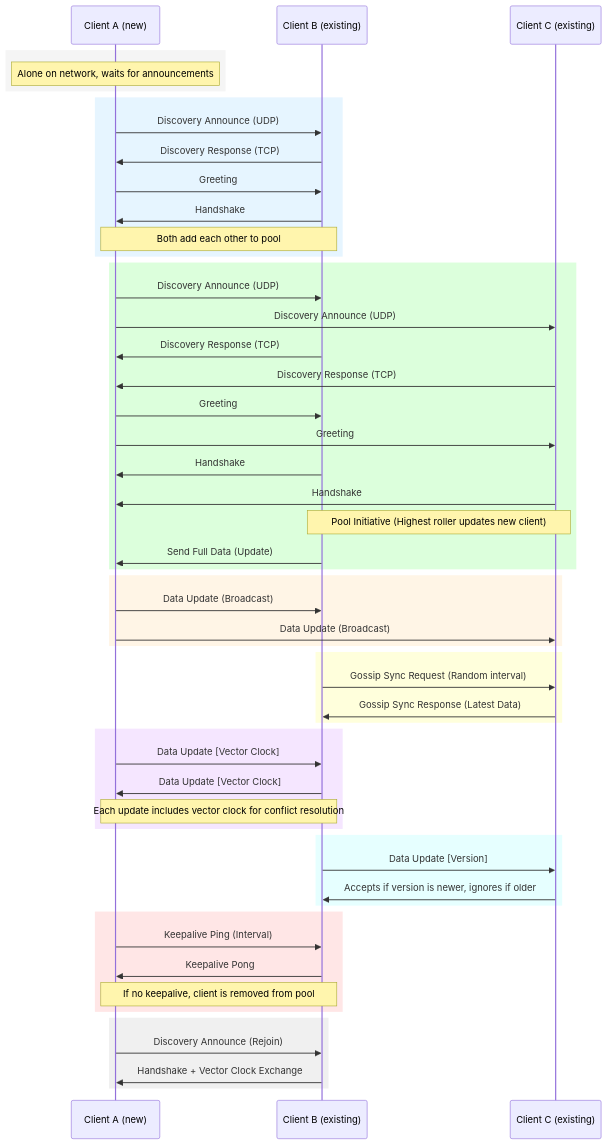
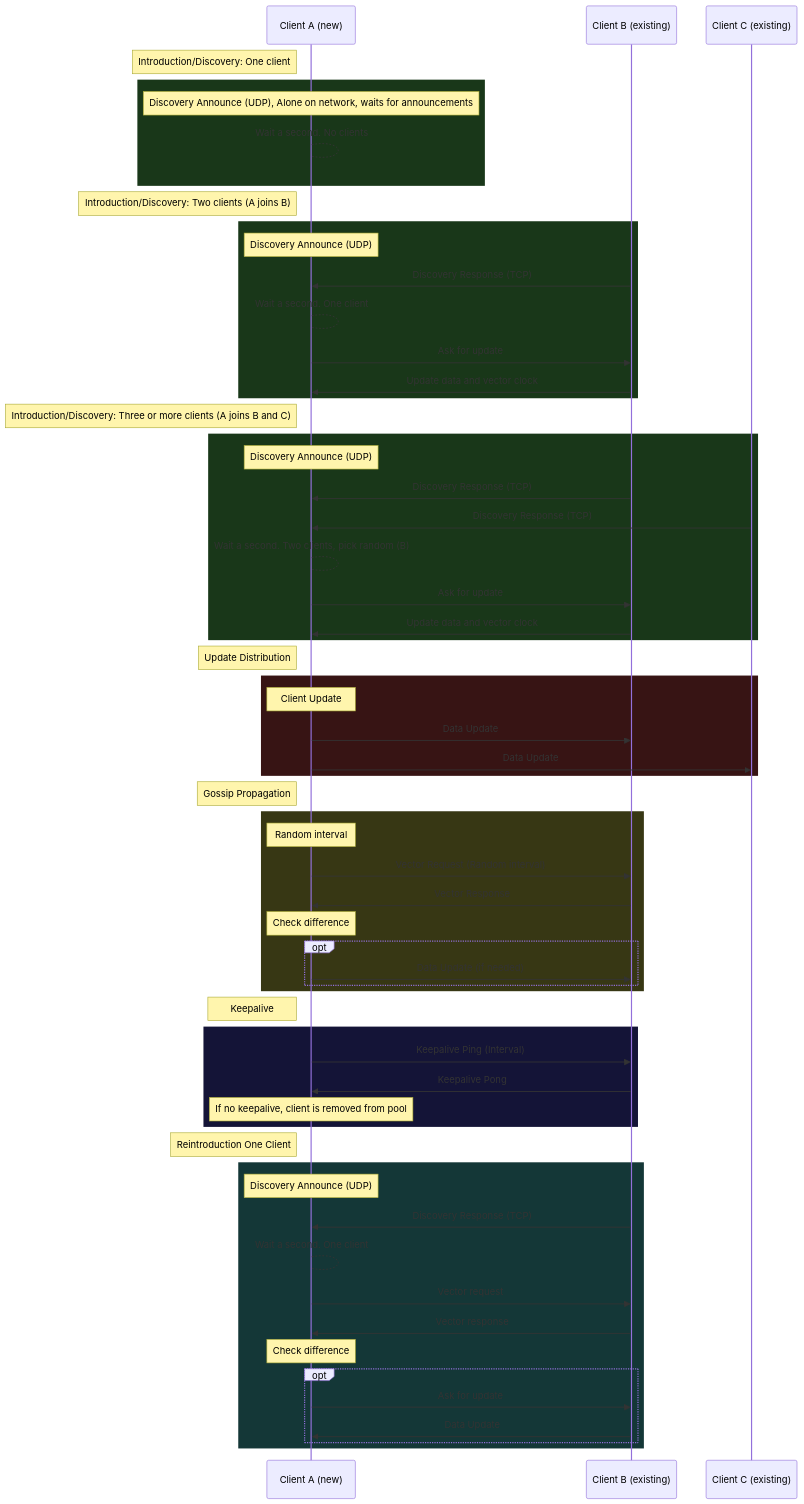
Before and after one commit to sanderlanghorst/NetSync: the diagram in src/NetSync/readme.md, drawn with Mermaid. The commit also changed other lines of this file, not shown here.

````diff
--- a/src/NetSync/readme.md
+++ b/src/NetSync/readme.md
@@ -55,71 +55,70 @@
 ```mermaid
 sequenceDiagram
-    %% Introduction/Discovery: One client
-    rect rgb(245,245,245)
+    
+    note left of A: Introduction/Discovery: One client
+    rect rgb(25,55,25)
         participant A as Client A (new)
-        Note over A: Alone on network, waits for announcements
+        Note over A: Discovery Announce (UDP), Alone on network, waits for announcements
+        A-->A: Wait a second. No clients
     end
 
-    %% Introduction/Discovery: Two clients (A joins B)
-    rect rgb(230,245,255)
+    note left of A: Introduction/Discovery: Two clients (A joins B)
+    rect rgb(25,55,25)
         participant B as Client B (existing)
-        A->>B: Discovery Announce (UDP)
+        Note over A: Discovery Announce (UDP)
         B->>A: Discovery Response (TCP)
-        A->>B: Greeting
-        B->>A: Handshake
-        Note over A,B: Both add each other to pool
+        A-->A: Wait a second. One client
+        A->>B: Ask for update
+        B->>A: Update data and vector clock
     end
 
-    %% Introduction/Discovery: Three or more clients (A joins B and C)
-    rect rgb(220,255,220)
+    note left of A: Introduction/Discovery: Three or more clients (A joins B and C)
+    rect rgb(25,55,25)
         participant C as Client C (existing)
-        A->>B: Discovery Announce (UDP)
-        A->>C: Discovery Announce (UDP)
+        Note over A: Discovery Announce (UDP)
         B->>A: Discovery Response (TCP)
         C->>A: Discovery Response (TCP)
-        A->>B: Greeting
-        A->>C: Greeting
-        B->>A: Handshake
-        C->>A: Handshake
-        Note over B,C: Pool Initiative (Highest roller updates new client)
-        B->>A: Send Full Data (Update)
+        A-->A: Wait a second. Two clients, pick random (B)
+        A->>B: Ask for update
+        B->>A: Update data and vector clock
     end
 
-    %% Update Distribution
-    rect rgb(255,245,230)
-        A->>B: Data Update (Broadcast)
-        A->>C: Data Update (Broadcast)
+    note left of A:  Update Distribution
+    rect rgb(55,20,20)
+        note over A: Client Update
+        A->>B: Data Update
+        A->>C: Data Update
     end
 
-    %% Gossip Propagation
-    rect rgb(255,255,220)
-        B->>C: Gossip Sync Request (Random interval)
-        C->>B: Gossip Sync Response (Latest Data)
+    note left of A:  Gossip Propagation
+    rect rgb(55,55,20)
+        note over A: Random interval
+        A->>B: Vector Request (Random interval)
+        B->>A: Vector Response
+        note over A: Check difference
+        opt
+            A->>B: Data Update (if needed)
+        end
     end
 
-    %% Vector Clocks
-    rect rgb(245,230,255)
-        A->>B: Data Update [Vector Clock]
-        B->>A: Data Update [Vector Clock]
-        Note over A,B: Each update includes vector clock for conflict resolution
+    note left of A:  Keepalive
+    rect rgb(20,20,55)
+        A->>B: Keepalive Ping (Interval)
+        B->>A: Keepalive Pong
+        Note over A: If no keepalive, client is removed from pool
     end
 
-    %% Versioning
-    rect rgb(230,255,255)
-        B->>C: Data Update [Version]
-        C->>B: Accepts if version is newer, ignores if older
-    end
-
-    %% Keepalive
-    rect rgb(255,230,230)
-        A->>B: Keepalive Ping (Interval)
-        B->>A: Keepalive Pong
-        Note over A,B: If no keepalive, client is removed from pool
-    end
-
-    %% Reintroduction
-    rect rgb(240,240,240)
-        A->>B: Discovery Announce (Rejoin)
-        B->>A: Handshake + Vector Clock Exchange
+    note left of A:  Reintroduction One Client
+    rect rgb(20,55,55)
+        note over A: Discovery Announce (UDP)
+        B->>A: Discovery Response (TCP)
+        A-->A: Wait a second. One client
+        A->>B: Vector request
+        B->>A: Vector response
+        note over A: Check difference
+        opt
+            A->>B: Ask for update
+            B->>A: Data Update
+        end
     end
 ```
````
